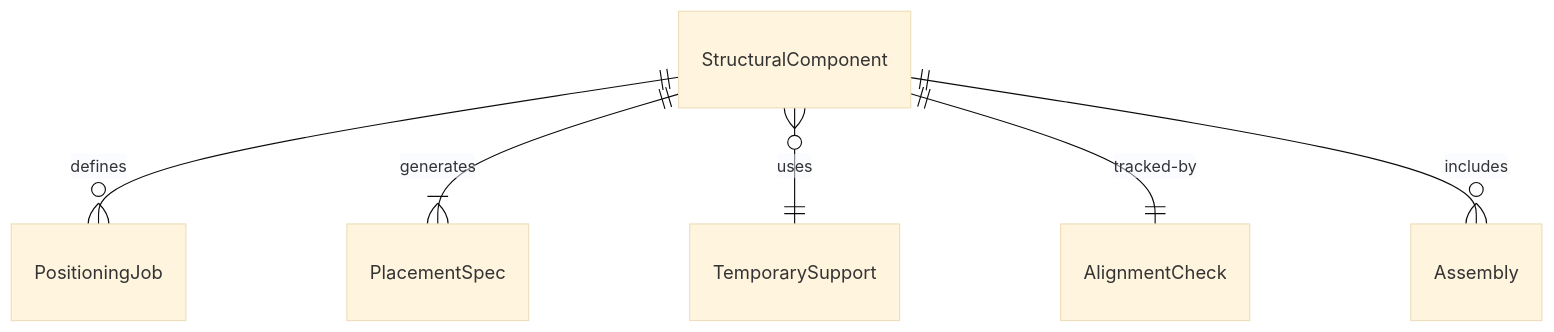
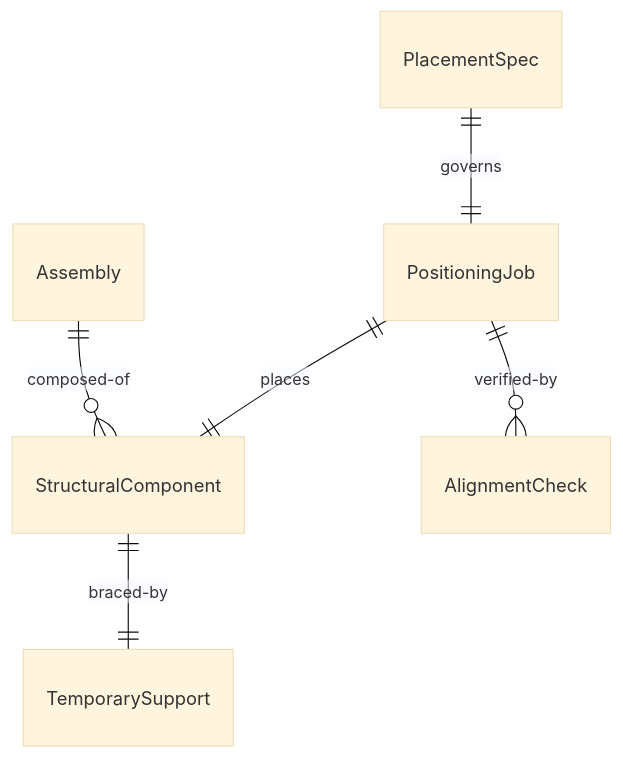
Before and after one commit to dot-org-ai/tasks.org.ai: the first of 4 diagrams in HandlingAndMovingObjects/PositionMaterialsOrComponentsForAssembly/PositionStructuralComponents.mdx, drawn with Mermaid (base theme). The commit also changed other lines of this file and 515 other files, not shown here.

````diff
--- a/HandlingAndMovingObjects/PositionMaterialsOrComponentsForAssembly/PositionStructuralComponents.mdx
+++ b/HandlingAndMovingObjects/PositionMaterialsOrComponentsForAssembly/PositionStructuralComponents.mdx
@@ -88,8 +88,8 @@
 ```mermaid
 erDiagram
-    StructuralComponent ||--o{ PositioningJob : "defines"
-    StructuralComponent ||--|{ PlacementSpec : "generates"
-    StructuralComponent }o--|| TemporarySupport : "uses"
-    StructuralComponent ||--|| AlignmentCheck : "tracked-by"
-    StructuralComponent ||--o{ Assembly : "includes"
+    Assembly ||--o{ StructuralComponent : "composed-of"
+    PositioningJob ||--|| StructuralComponent : "places"
+    PlacementSpec ||--|| PositioningJob : "governs"
+    StructuralComponent ||--|| TemporarySupport : "braced-by"
+    PositioningJob ||--o{ AlignmentCheck : "verified-by"
 ```
````
